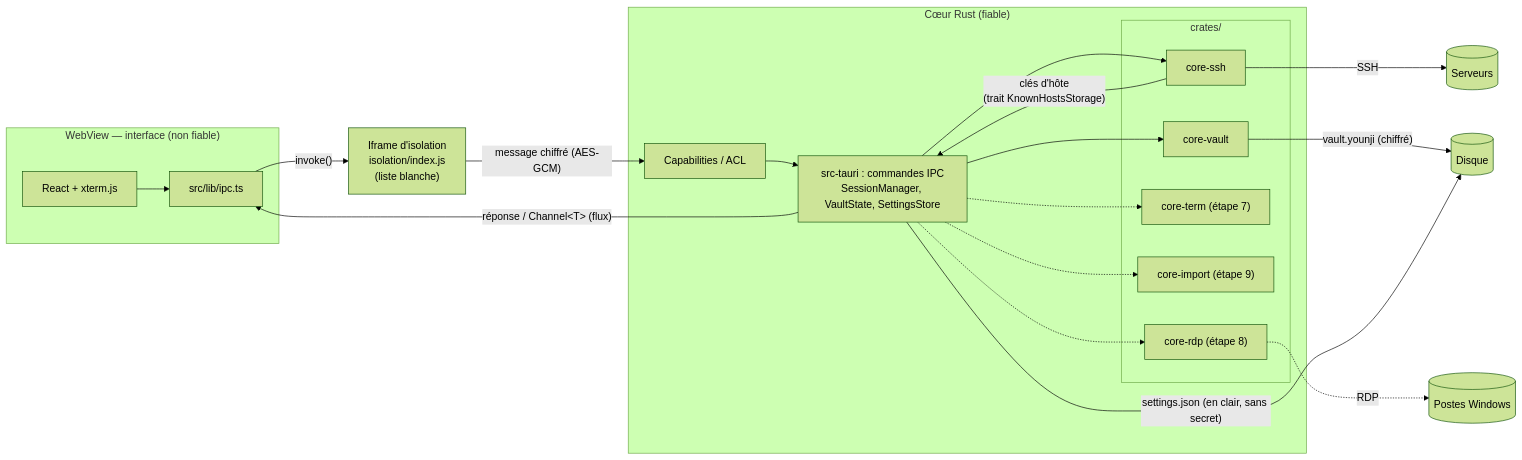
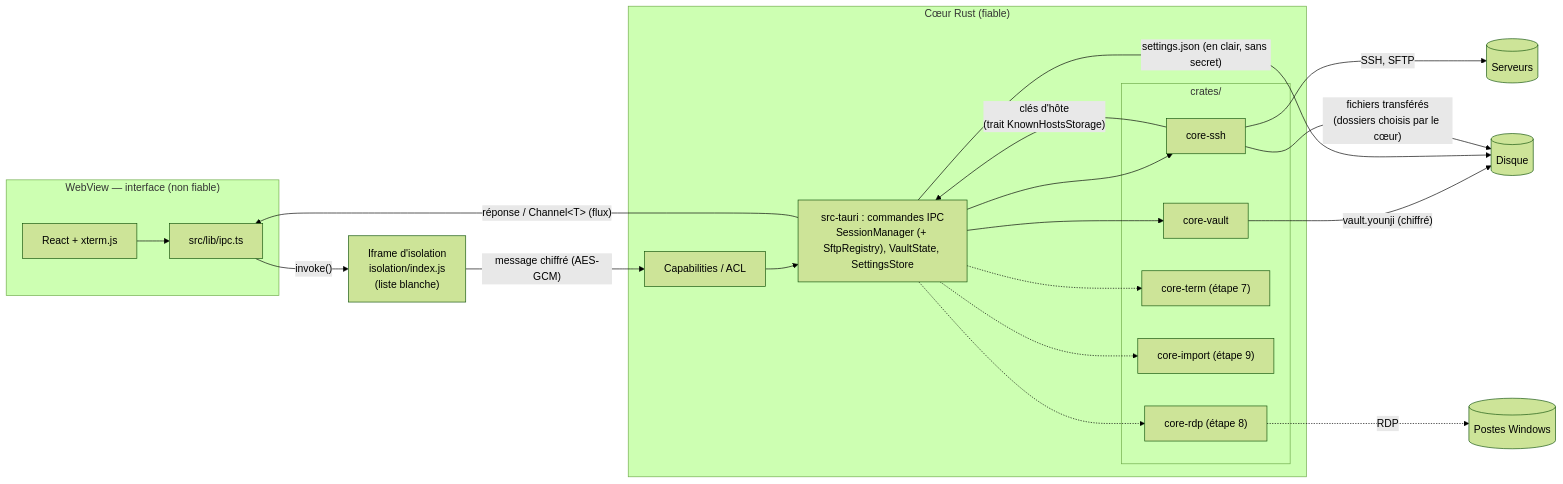
Before and after one commit to mlft9/vigie: the first of 6 diagrams in docs/ARCHITECTURE.md, drawn with Mermaid (forest theme). The commit also changed other lines of this file, not shown here.

First line of the commit message:
docs(architecture): décrit le SFTP de l'étape 4

````diff
--- a/docs/ARCHITECTURE.md
+++ b/docs/ARCHITECTURE.md
@@ -11,31 +11,32 @@
 ```mermaid
 flowchart LR
     subgraph WebView["WebView — interface (non fiable)"]
         UI[React + xterm.js]
         IPCJS[src/lib/ipc.ts]
         UI --> IPCJS
     end
     ISO["Iframe d'isolation<br/>isolation/index.js<br/>(liste blanche)"]
     subgraph Core["Cœur Rust (fiable)"]
         ACL[Capabilities / ACL]
-        CMD["src-tauri : commandes IPC<br/>SessionManager, VaultState, SettingsStore"]
+        CMD["src-tauri : commandes IPC<br/>SessionManager (+ SftpRegistry), VaultState, SettingsStore"]
         ACL --> CMD
         subgraph Crates["crates/"]
             SSH[core-ssh]
             VAULT[core-vault]
             TERM["core-term (étape 7)"]
             IMP["core-import (étape 9)"]
             RDP["core-rdp (étape 8)"]
         end
         CMD --> SSH & VAULT
         CMD -.-> TERM & IMP & RDP
         SSH -- "clés d'hôte<br/>(trait KnownHostsStorage)" --> CMD
     end
     IPCJS -- "invoke()" --> ISO
     ISO -- "message chiffré (AES-GCM)" --> ACL
     CMD -- "réponse / Channel&lt;T&gt; (flux)" --> IPCJS
-    SSH -- SSH --> SRV[(Serveurs)]
+    SSH -- "SSH, SFTP" --> SRV[(Serveurs)]
     VAULT -- "vault.younji (chiffré)" --> DISK[(Disque)]
     CMD -- "settings.json (en clair, sans secret)" --> DISK
+    SSH -- "fichiers transférés<br/>(dossiers choisis par le cœur)" --> DISK
     RDP -. RDP .-> WIN[(Postes Windows)]
 ```
````
